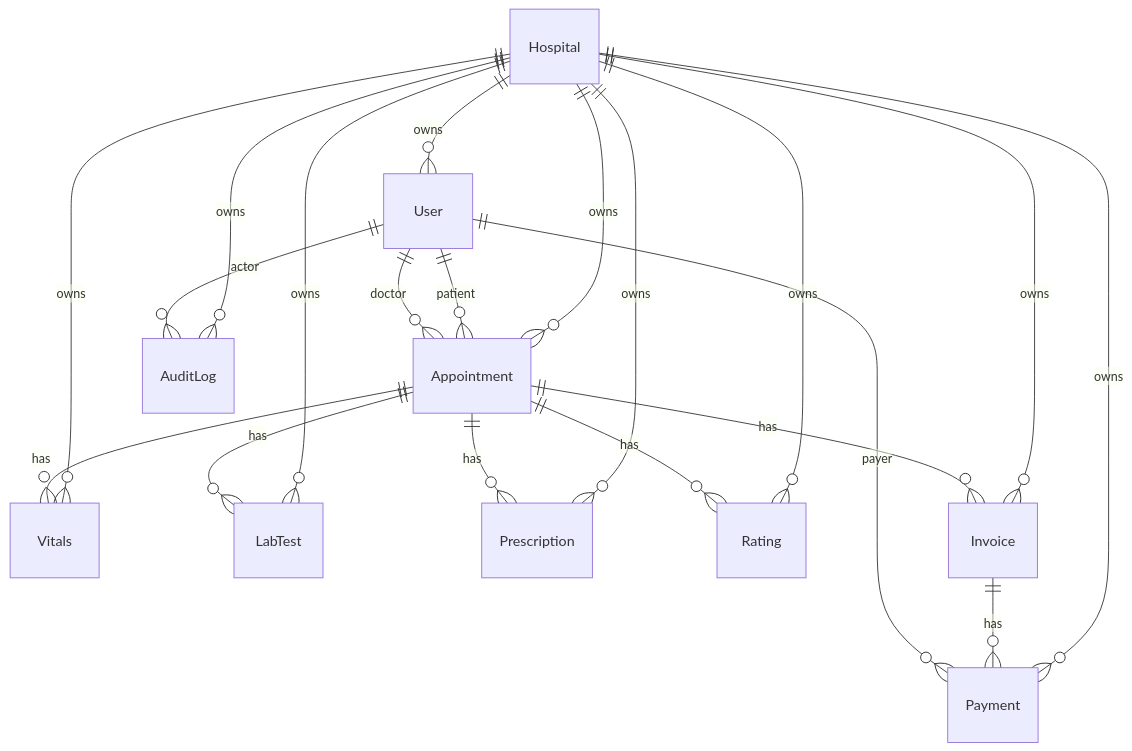
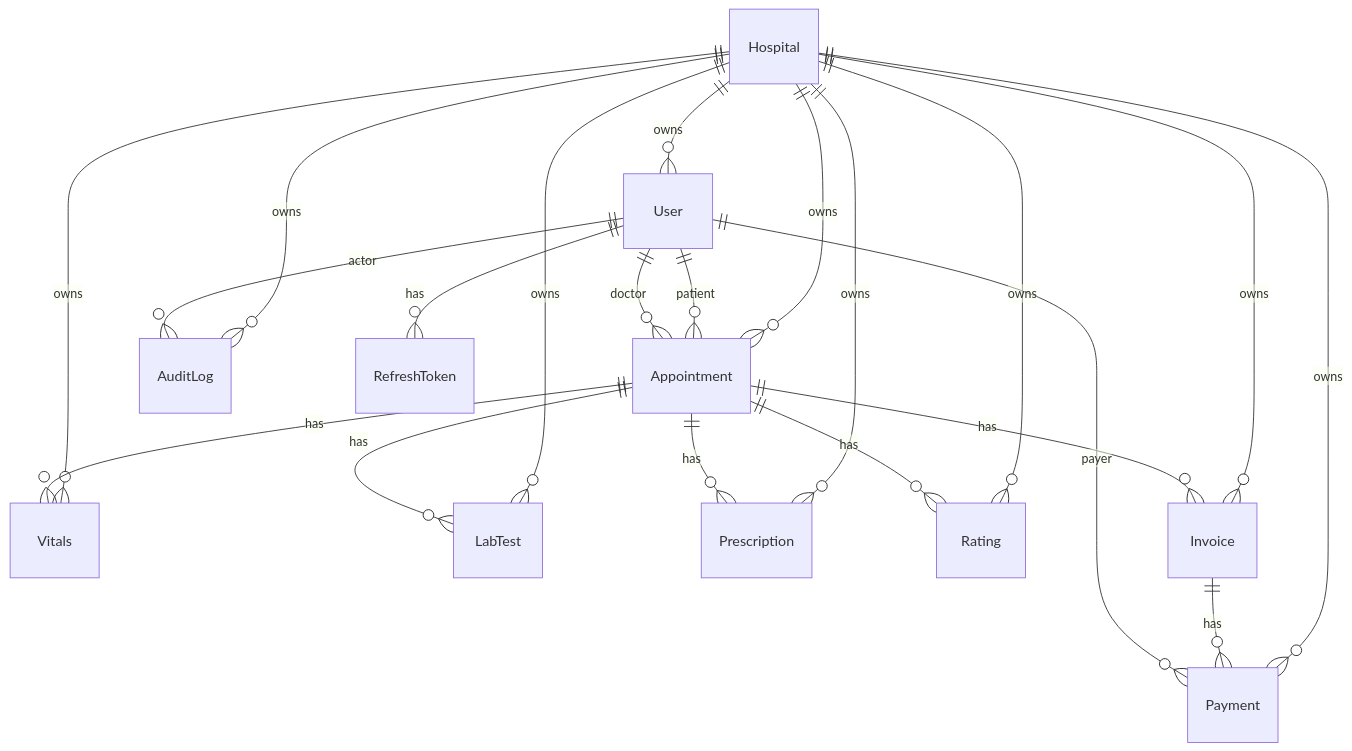
The fifth of 6 diagrams in docs/architecture.md (eklavyamathur9/pulse-hms-platform), drawn with Mermaid before and after one commit. The commit also changed 18 other files, not shown here.

````diff
--- a/docs/architecture.md
+++ b/docs/architecture.md
@@ -287,23 +287,24 @@
 ```mermaid
 erDiagram
   Hospital ||--o{ User : owns
   Hospital ||--o{ Appointment : owns
   Hospital ||--o{ Vitals : owns
   Hospital ||--o{ LabTest : owns
   Hospital ||--o{ Prescription : owns
   Hospital ||--o{ Rating : owns
   Hospital ||--o{ Invoice : owns
   Hospital ||--o{ Payment : owns
   Hospital ||--o{ AuditLog : owns
 
   User ||--o{ Appointment : patient
   User ||--o{ Appointment : doctor
   Appointment ||--o{ Vitals : has
   Appointment ||--o{ LabTest : has
   Appointment ||--o{ Prescription : has
   Appointment ||--o{ Rating : has
   Appointment ||--o{ Invoice : has
   Invoice ||--o{ Payment : has
   User ||--o{ Payment : payer
   User ||--o{ AuditLog : actor
+  User ||--o{ RefreshToken : has
 ```
````
